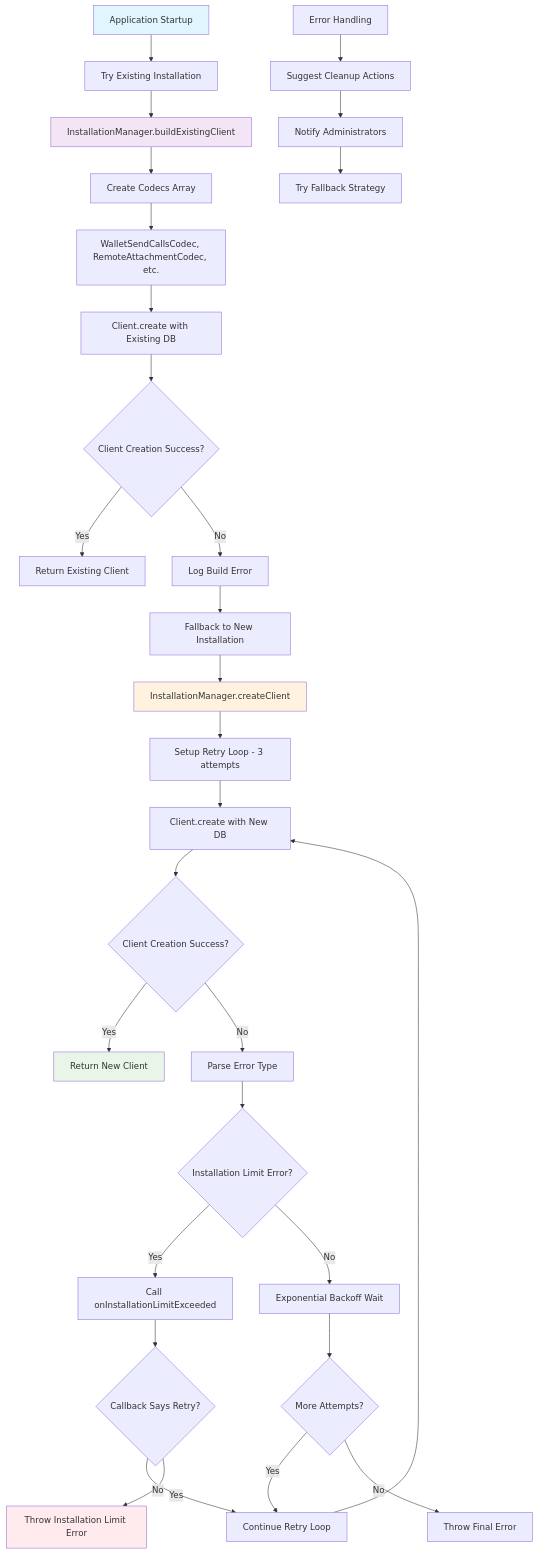
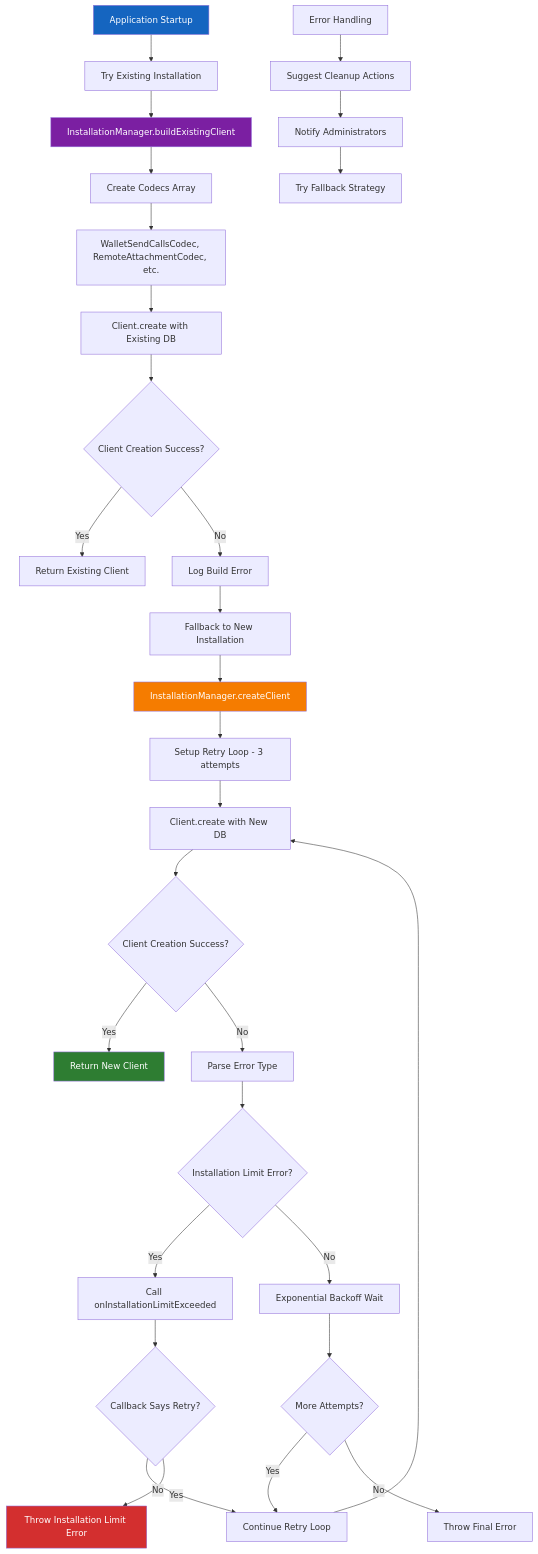
One commit to flayerlabs/xmtp-flaunchy changed the tenth of 12 diagrams in SYSTEM_ARCHITECTURE.md. Above: the diagram before and after it, drawn with Mermaid. The commit also changed other lines of this file, not shown here.

Commit message:
update system architecture

````diff
--- a/SYSTEM_ARCHITECTURE.md
+++ b/SYSTEM_ARCHITECTURE.md
@@ -552,47 +615,47 @@
 ```mermaid
 graph TD
     A[Application Startup] --> B[Try Existing Installation]
     B --> C[InstallationManager.buildExistingClient]
 
     C --> D[Create Codecs Array]
     D --> E[WalletSendCallsCodec, RemoteAttachmentCodec, etc.]
     E --> F[Client.create with Existing DB]
 
     F --> G{Client Creation Success?}
     G -->|Yes| H[Return Existing Client]
     G -->|No| I[Log Build Error]
 
     I --> J[Fallback to New Installation]
     J --> K[InstallationManager.createClient]
 
     K --> L[Setup Retry Loop - 3 attempts]
     L --> M[Client.create with New DB]
 
     M --> N{Client Creation Success?}
     N -->|Yes| O[Return New Client]
     N -->|No| P[Parse Error Type]
 
     P --> Q{Installation Limit Error?}
     Q -->|Yes| R[Call onInstallationLimitExceeded]
     Q -->|No| S[Exponential Backoff Wait]
 
     R --> T{Callback Says Retry?}
     T -->|Yes| U[Continue Retry Loop]
     T -->|No| V[Throw Installation Limit Error]
 
     S --> W{More Attempts?}
     W -->|Yes| U
     W -->|No| X[Throw Final Error]
 
     U --> M
 
     Y[Error Handling] --> Z[Suggest Cleanup Actions]
     Z --> AA[Notify Administrators]
     AA --> BB[Try Fallback Strategy]
 
-    style A fill:#e1f5fe
-    style C fill:#f3e5f5
-    style K fill:#fff3e0
-    style V fill:#ffebee
-    style O fill:#e8f5e8
+    style A fill:#1565C0,color:#ffffff
+    style C fill:#7B1FA2,color:#ffffff
+    style K fill:#F57C00,color:#ffffff
+    style V fill:#D32F2F,color:#ffffff
+    style O fill:#2E7D32,color:#ffffff
 ```
````
